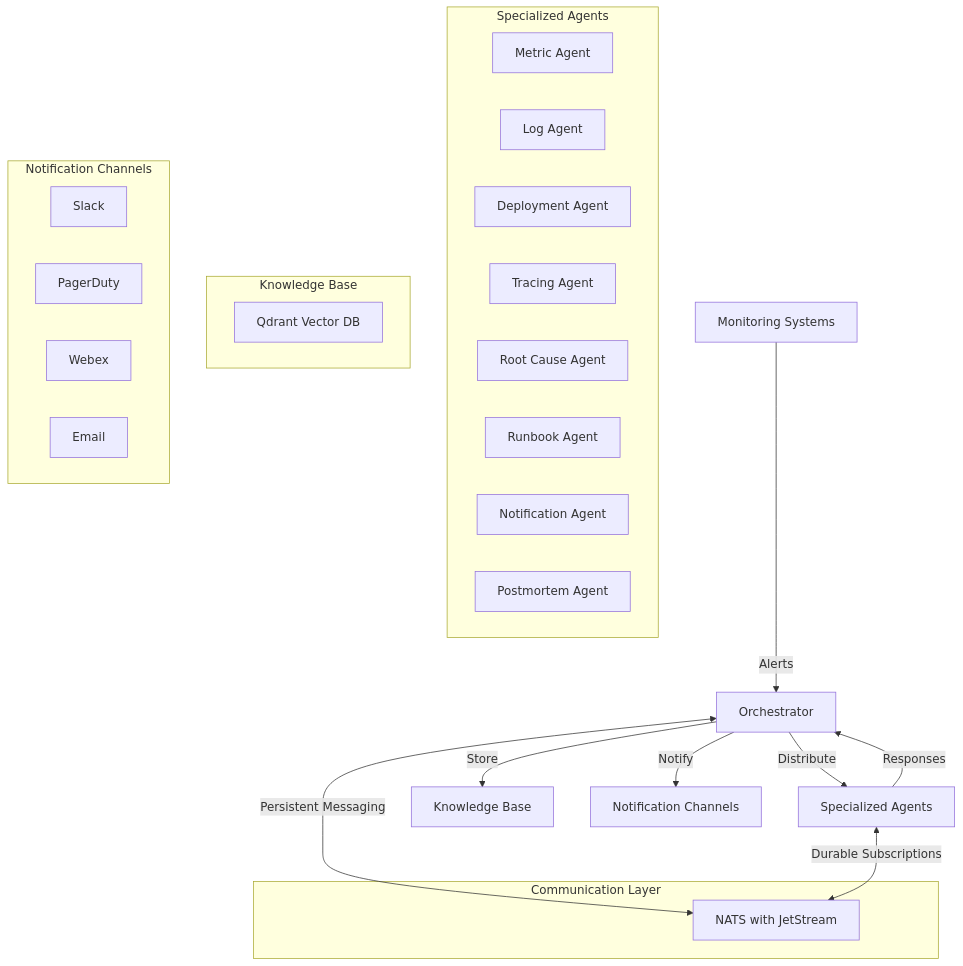
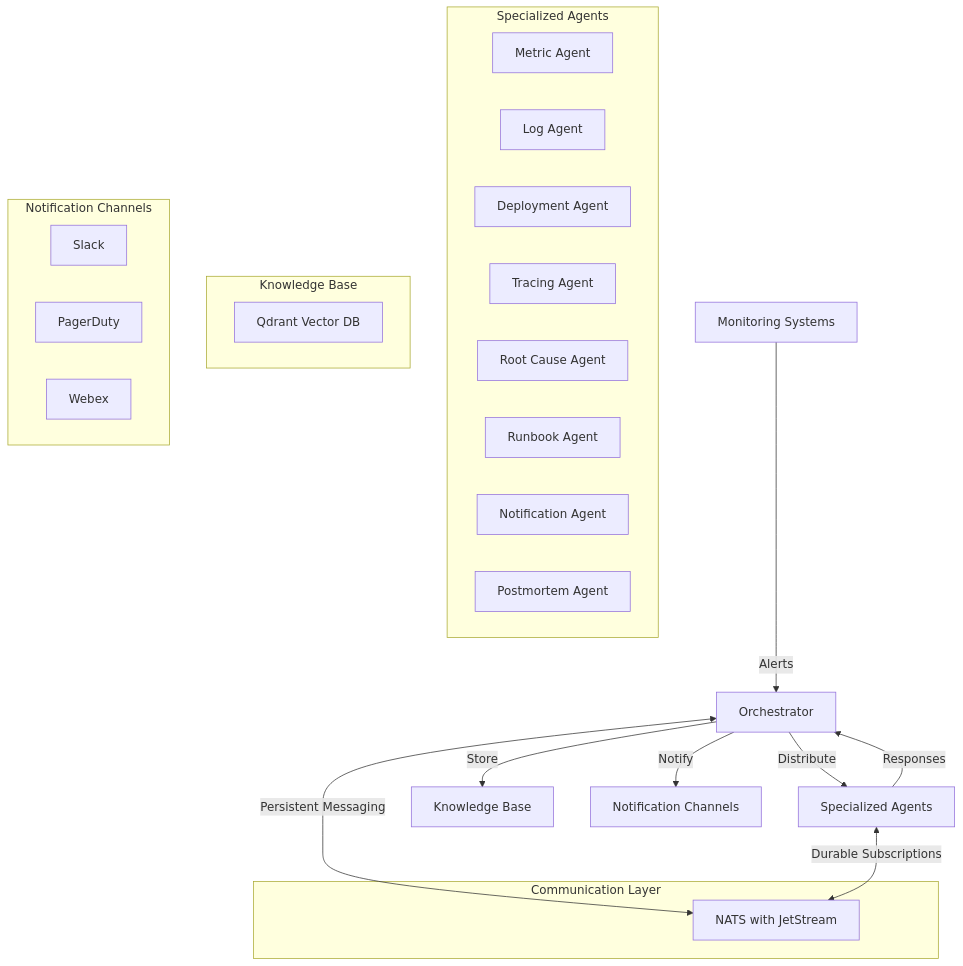
Before and after one commit to upendrasahu/observability-agent: the first of 2 diagrams in docs/ARCHITECTURE.md, drawn with Mermaid. The commit also changed other lines of this file and 52 other files, not shown here.

````diff
--- a/docs/ARCHITECTURE.md
+++ b/docs/ARCHITECTURE.md
@@ -15,37 +15,36 @@
 ```mermaid
 flowchart TD
     A[Monitoring Systems] -->|Alerts| B[Orchestrator]
     B -->|Distribute| C[Specialized Agents]
     C -->|Responses| B
     B -->|Store| D[Knowledge Base]
     B -->|Notify| E[Notification Channels]
 
 subgraph "Specialized Agents"
     C1[Metric Agent]
     C2[Log Agent]
     C3[Deployment Agent]
     C4[Tracing Agent]
     C5[Root Cause Agent]
     C6[Runbook Agent]
     C7[Notification Agent]
     C8[Postmortem Agent]
 end
 
 subgraph "Knowledge Base"
     D1[Qdrant Vector DB]
 end
 
 subgraph "Notification Channels"
     E1[Slack]
     E2[PagerDuty]
     E3[Webex]
-    E4[Email]
 end
 
 subgraph "Communication Layer"
     F1[NATS with JetStream]
 end
 
 B <-->|Persistent Messaging| F1
 C <-->|Durable Subscriptions| F1
 ```
````
